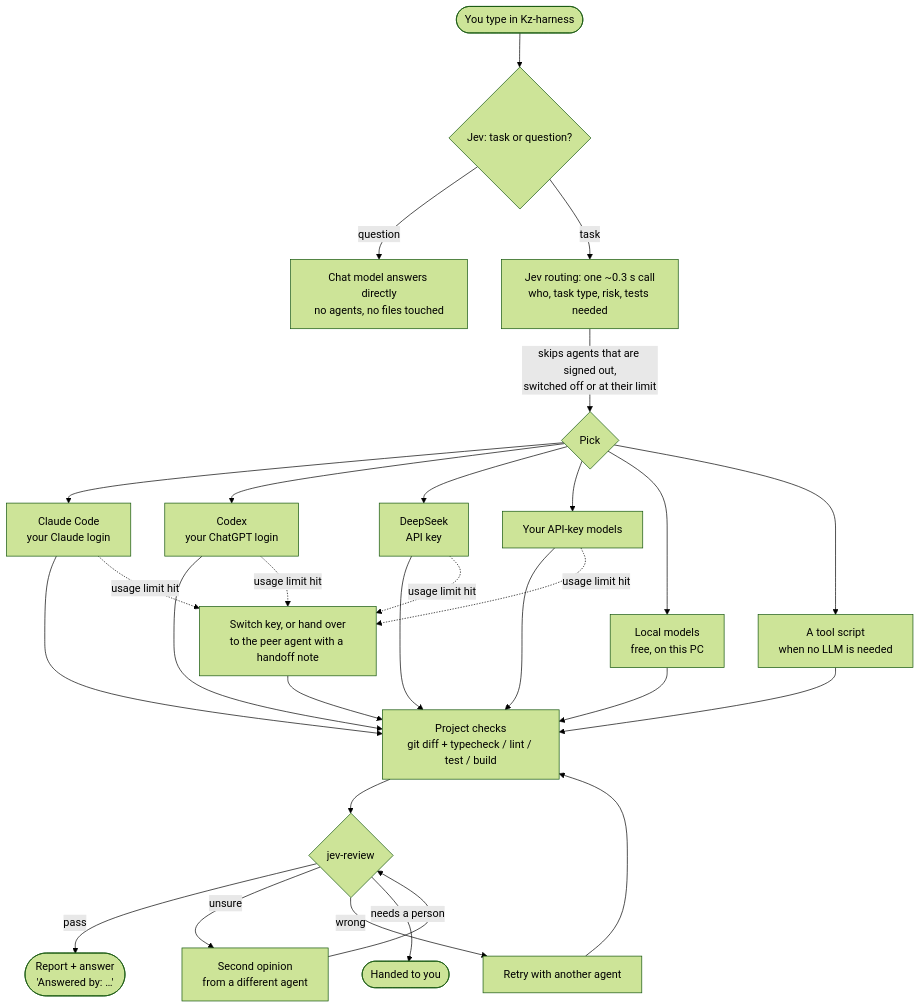
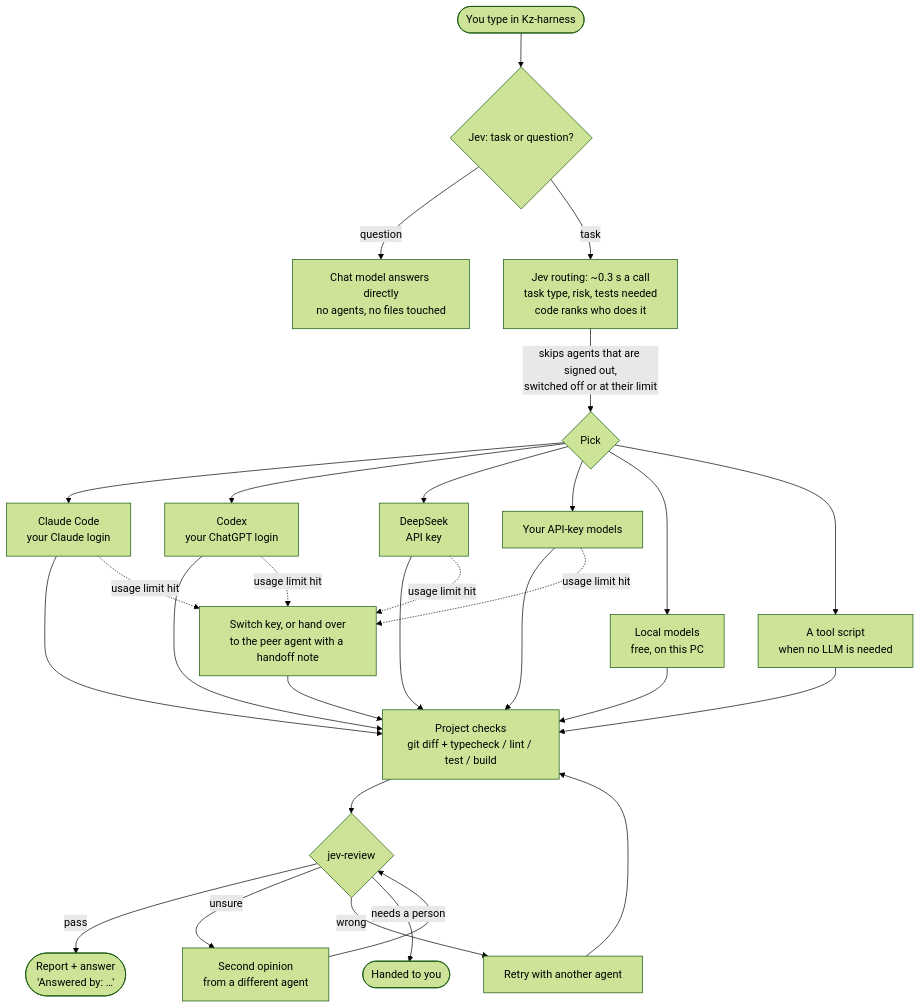
Before and after one commit to kz-95/kz-harness: the first of 2 diagrams in README.md, drawn with Mermaid (forest theme). The commit also changed other lines of this file and 34 other files, not shown here.

````diff
--- a/README.md
+++ b/README.md
@@ -13,21 +13,21 @@
 ```mermaid
 flowchart TD
     U([You type in Kz-harness]) --> K{Jev: task or question?}
     K -- question --> Q[Chat model answers directly<br/>no agents, no files touched]
-    K -- task --> R[Jev routing: one ~0.3 s call<br/>who, task type, risk, tests needed]
+    K -- task --> R[Jev routing: ~0.3 s a call<br/>task type, risk, tests needed<br/>code ranks who does it]
     R -->|skips agents that are signed out,<br/>switched off or at their limit| P{Pick}
     P --> C[Claude Code<br/>your Claude login]
     P --> X[Codex<br/>your ChatGPT login]
     P --> D[DeepSeek<br/>API key]
     P --> B[Your API-key models]
     P --> LM[Local models<br/>free, on this PC]
     P --> T[A tool script<br/>when no LLM is needed]
     C & X & D & B & LM & T --> V[Project checks<br/>git diff + typecheck / lint / test / build]
     V --> J{jev-review}
     J -- pass --> OK([Report + answer<br/>'Answered by: …'])
     J -- unsure --> S[Second opinion<br/>from a different agent] --> J
     J -- wrong --> RT[Retry with another agent] --> V
     J -- needs a person --> H([Handed to you])
     C & X & D & B -. usage limit hit .-> L[Switch key, or hand over<br/>to the peer agent with a handoff note]
     L --> V
 ```
````
